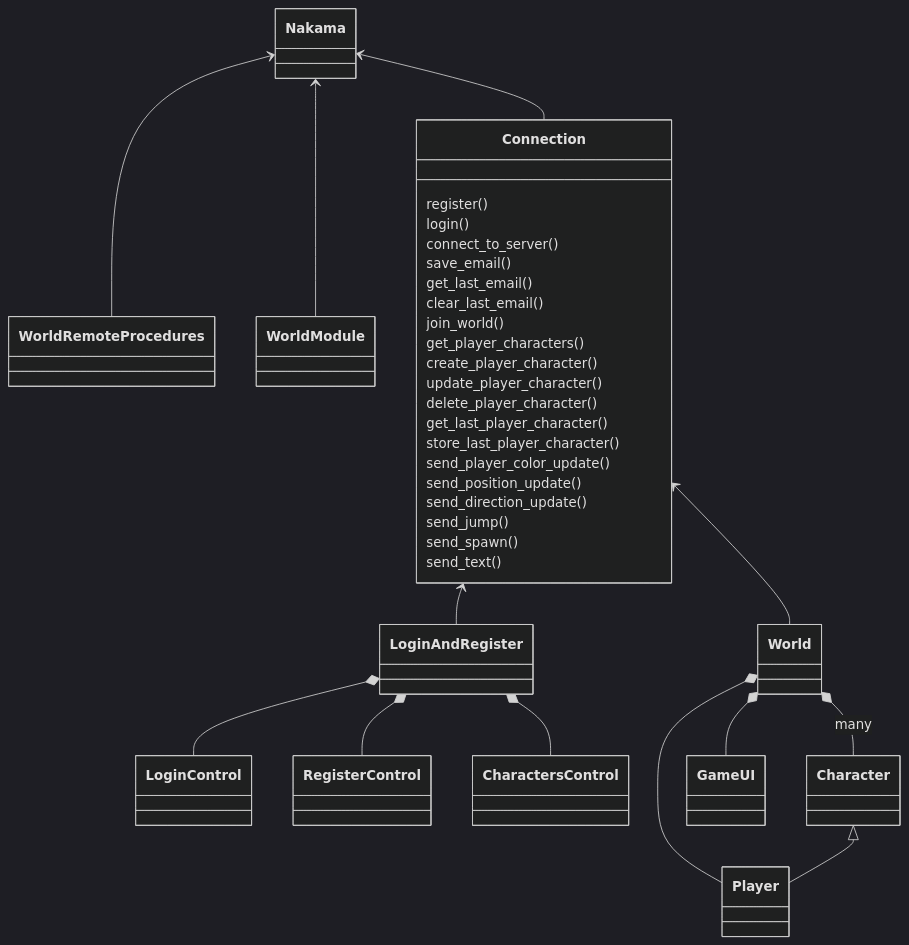
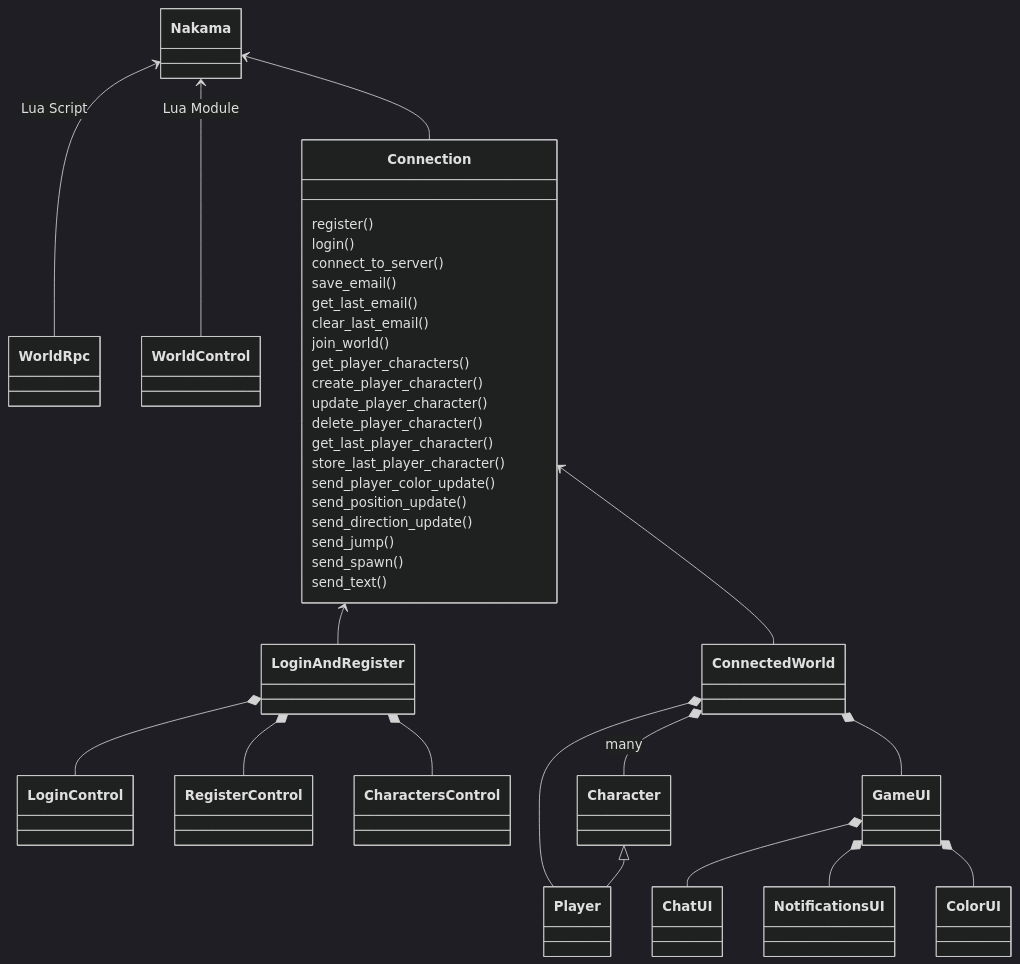
The diagram in classes.mmd (heroiclabs/nakama-godot-demo), drawn with Mermaid (dark theme) before and after one commit.

Commit message:
Update mermaid diagram

```diff
--- a/classes.mmd
+++ b/classes.mmd
@@ -1,40 +1,44 @@
 classDiagram
-	Nakama <-- World Remote Procedures
+	Nakama <-- WorldRpc : Lua Script
 	
-	Nakama <-- World Module
+	Nakama <-- WorldControl : Lua Module
 	
 	Nakama <-- Connection
 	
 	Connection : register()
 	Connection : login()
 	Connection : connect_to_server()
 	Connection : save_email()
 	Connection : get_last_email()
 	Connection : clear_last_email()
 	Connection : join_world()
 	Connection : get_player_characters()
 	Connection : create_player_character()
 	Connection : update_player_character()
 	Connection : delete_player_character()
 	Connection : get_last_player_character()
 	Connection : store_last_player_character()
 	Connection : send_player_color_update()
 	Connection : send_position_update()
 	Connection : send_direction_update()
 	Connection : send_jump()
 	Connection : send_spawn()
 	Connection : send_text()
 	
 	Connection <-- LoginAndRegister
 	
 	LoginAndRegister *-- LoginControl
 	LoginAndRegister *-- RegisterControl
 	LoginAndRegister *-- CharactersControl
 	
-	Connection <-- World
-	World *-- Character : many
-	World *-- Player
+	Connection <-- ConnectedWorld
+	ConnectedWorld *-- Character : many
+	ConnectedWorld *-- Player
 	
 	Character <|-- Player
 	
-	World *-- GameUI
+	ConnectedWorld *-- GameUI
+	
+	GameUI *-- ChatUI
+	GameUI *-- NotificationsUI
+	GameUI *-- ColorUI
```
